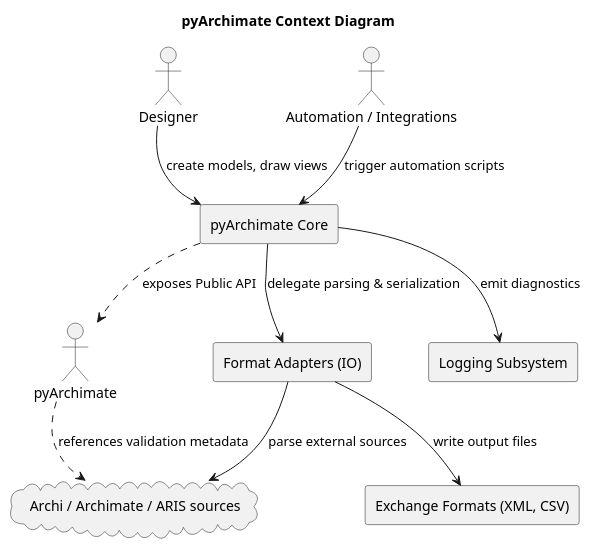
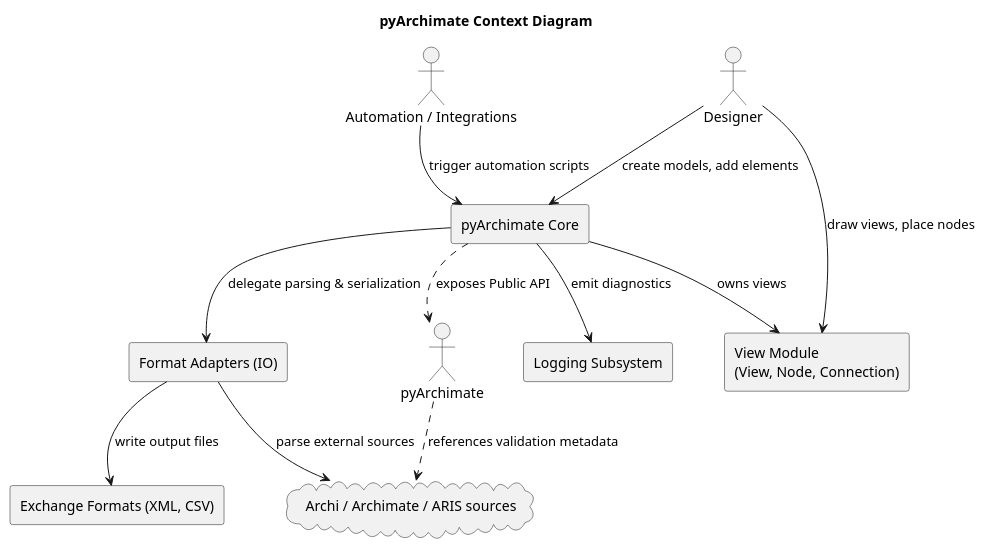
Before and after one commit to pyArchimate/pyArchimate: the diagram in docs/diagrams/context.puml, drawn with PlantUML. The commit also changed 10 other files, not shown here.

```diff
--- a/docs/diagrams/context.puml
+++ b/docs/diagrams/context.puml
@@ -1,21 +1,24 @@
 @startuml
 title pyArchimate Context Diagram
 
 "pyArchimate" as Library
 actor "Designer" as Designer
 actor "Automation / Integrations" as Automation
 cloud "Archi / Archimate / ARIS sources" as Inputs
 rectangle "Exchange Formats (XML, CSV)" as Outputs
 rectangle "Format Adapters (IO)" as IO
 rectangle "pyArchimate Core" as Core
+rectangle "View Module\n(View, Node, Connection)" as ViewMod
 rectangle "Logging Subsystem" as Logging
 
-Designer --> Core : create models, draw views
+Designer --> Core : create models, add elements
+Designer --> ViewMod : draw views, place nodes
 Automation --> Core : trigger automation scripts
+Core --> ViewMod : owns views
 Core --> IO : delegate parsing & serialization
 IO --> Inputs : parse external sources
 IO --> Outputs : write output files
 Core --> Logging : emit diagnostics
 Core ..> Library : exposes Public API
 Library ..> Inputs : references validation metadata
 @enduml
```
